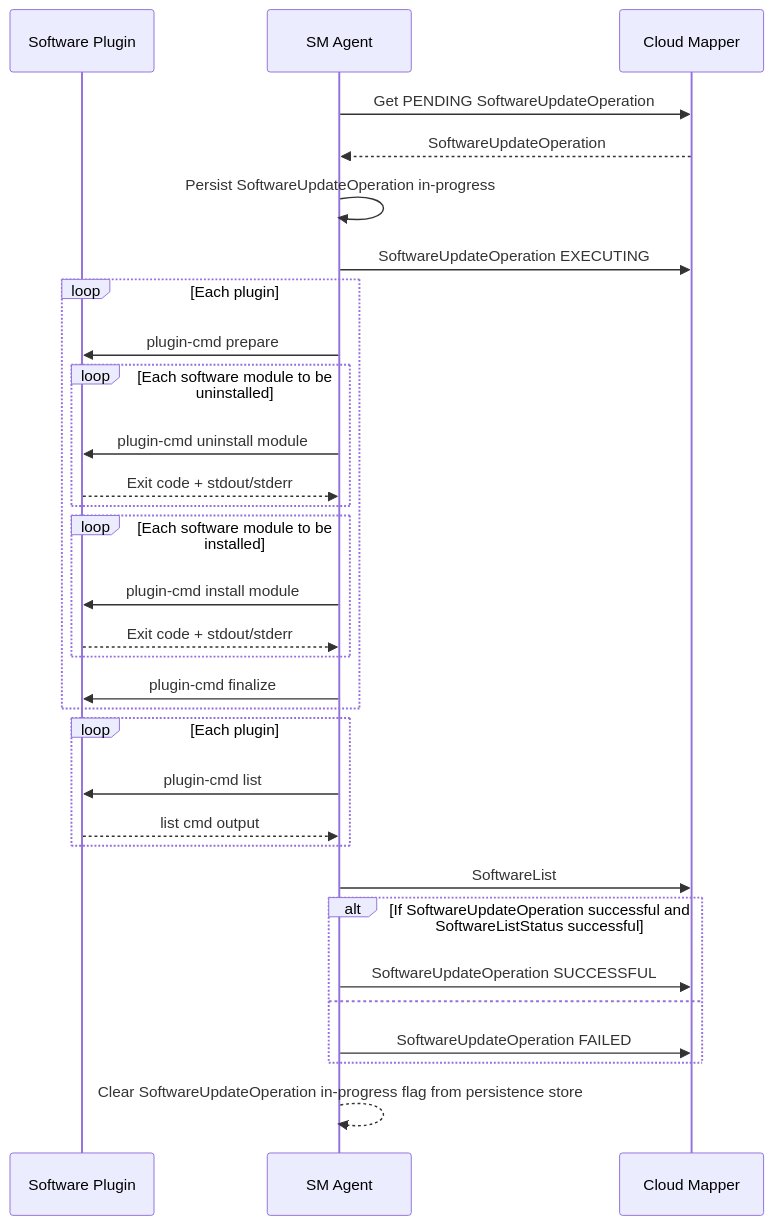
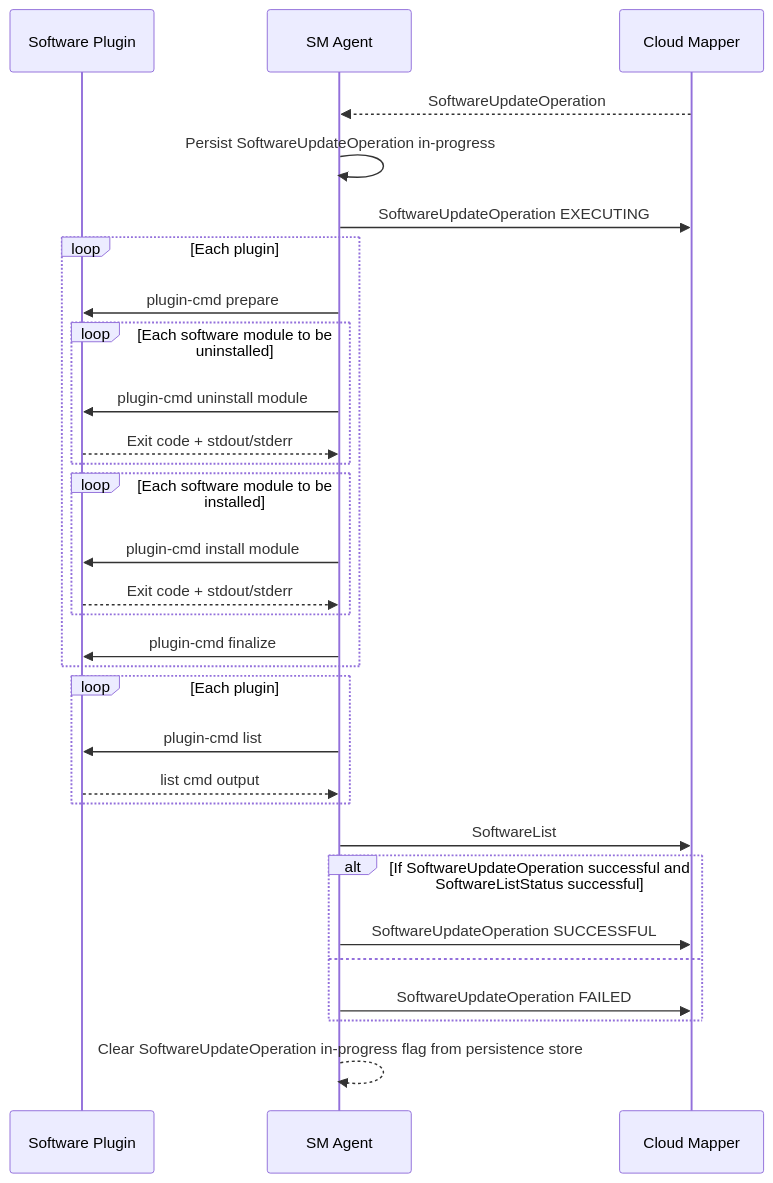
Before and after one commit to thin-edge/thin-edge.io-specs: the third of 3 diagrams in src/software-management/sm-agent.md, drawn with Mermaid. The commit also changed other lines of this file, not shown here.

Commit message:
Request to get all PENDING requests from mapper

````diff
--- a/src/software-management/sm-agent.md
+++ b/src/software-management/sm-agent.md
@@ -42,41 +54,40 @@
 ```mermaid
 sequenceDiagram
     participant Software Plugin
     participant SM Agent
     participant Cloud Mapper
 
-    SM Agent->>Cloud Mapper: Get PENDING SoftwareUpdateOperation
     Cloud Mapper-->>SM Agent: SoftwareUpdateOperation
 
     SM Agent->>SM Agent: Persist SoftwareUpdateOperation in-progress
     SM Agent->>Cloud Mapper: SoftwareUpdateOperation EXECUTING
     loop Each plugin
         SM Agent->>Software Plugin: plugin-cmd prepare
 
         loop Each software module to be uninstalled
             SM Agent->>Software Plugin: plugin-cmd uninstall module
             Software Plugin-->>SM Agent: Exit code + stdout/stderr
         end
 
         loop Each software module to be installed
             SM Agent->>Software Plugin: plugin-cmd install module
             Software Plugin-->>SM Agent: Exit code + stdout/stderr
         end
 
         SM Agent->>Software Plugin: plugin-cmd finalize
     end
 
     loop Each plugin
         SM Agent->>Software Plugin: plugin-cmd list
         Software Plugin-->>SM Agent: list cmd output
     end
     SM Agent->>Cloud Mapper: SoftwareList
 
     alt If SoftwareUpdateOperation successful and SoftwareListStatus successful
         SM Agent->>Cloud Mapper: SoftwareUpdateOperation SUCCESSFUL
     else
         SM Agent->>Cloud Mapper: SoftwareUpdateOperation FAILED
     end
 
     SM Agent-->>SM Agent: Clear SoftwareUpdateOperation in-progress flag from persistence store
 ```
````
